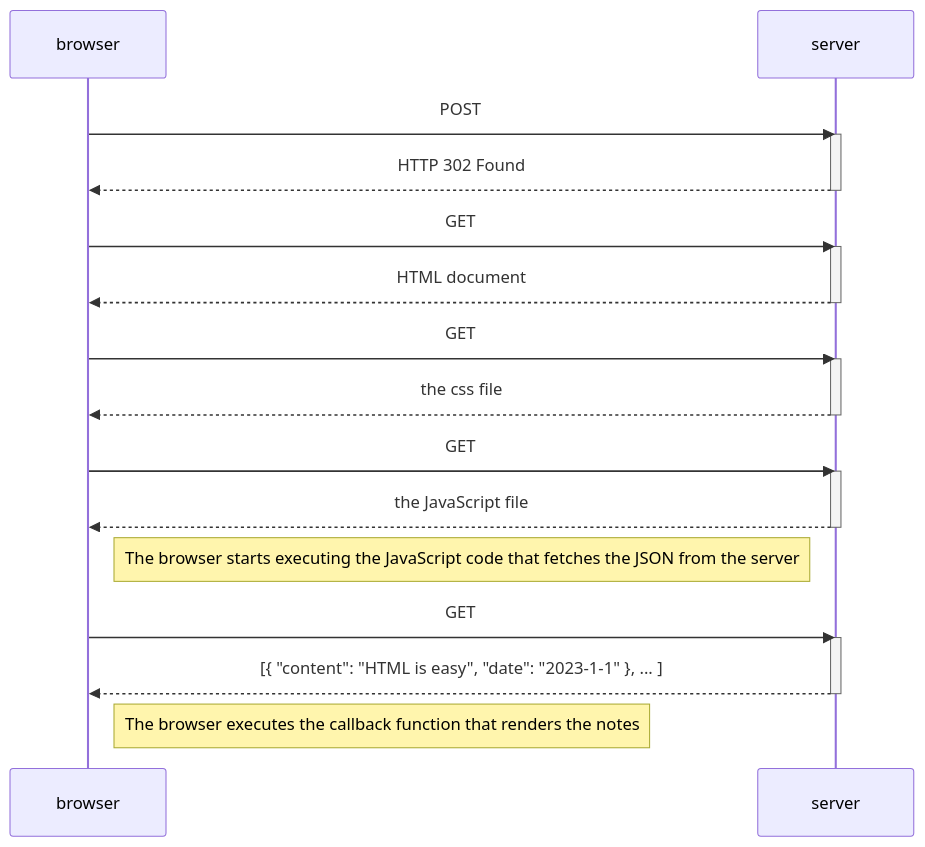
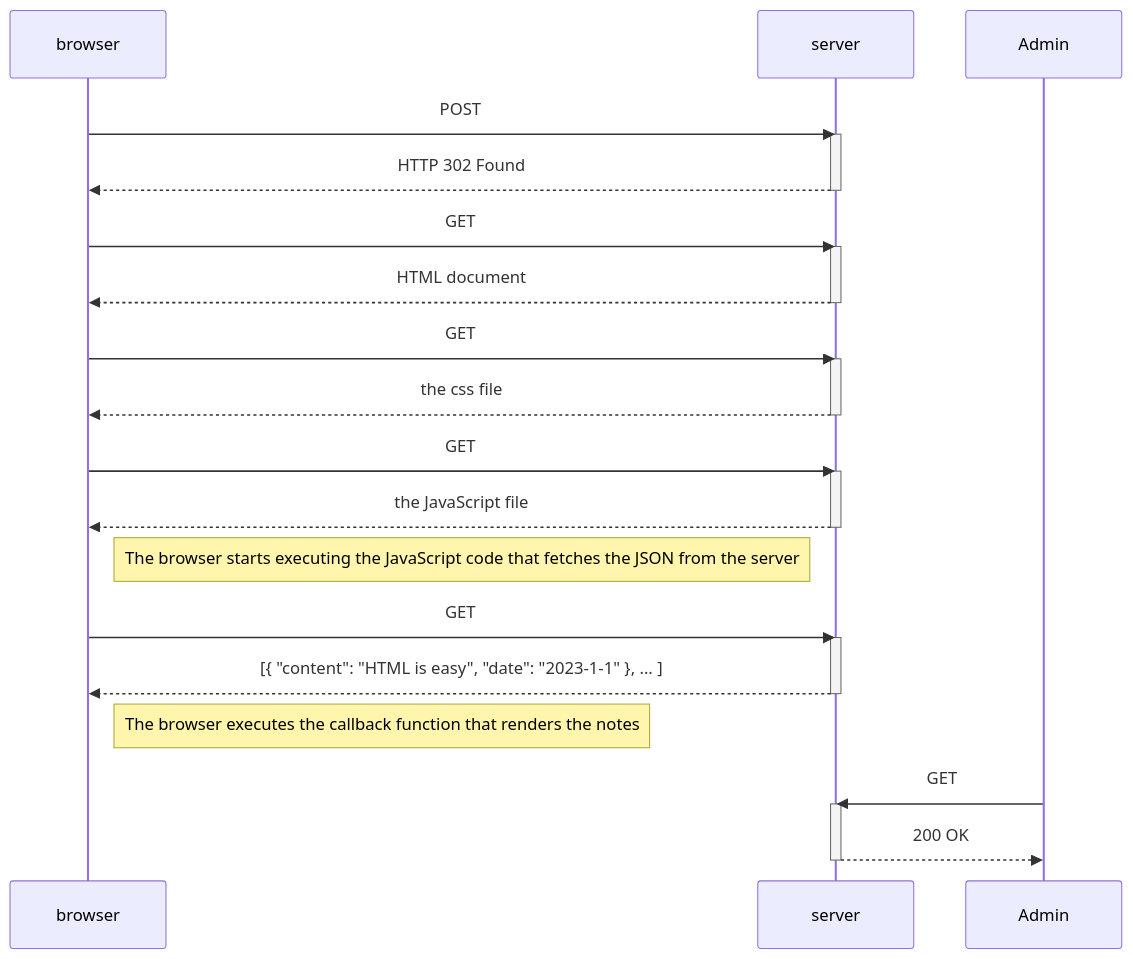
One commit to S1ddhaarth/mini-project changed the diagram in Part 0/0.4.md. Above: the diagram before and after it, drawn with Mermaid.

Commit message:
Added admin

````diff
--- a/Part 0/0.4.md
+++ b/Part 0/0.4.md
@@ -1,34 +1,40 @@
 ```mermaid
 sequenceDiagram
     participant browser
     participant server
+    participant Admin
 
     browser->>server: POST 
     activate server
     server-->>browser: HTTP 302 Found
     deactivate server
 
     browser->>server: GET 
     activate server
     server-->>browser: HTML document
     deactivate server
 
     browser->>server: GET 
     activate server
     server-->>browser: the css file
     deactivate server
 
     browser->>server: GET 
     activate server
     server-->>browser: the JavaScript file
     deactivate server
 
     Note right of browser: The browser starts executing the JavaScript code that fetches the JSON from the server
 
     browser->>server: GET 
     activate server
     server-->>browser: [{ "content": "HTML is easy", "date": "2023-1-1" }, ... ]
     deactivate server
 
     Note right of browser: The browser executes the callback function that renders the notes
+
+    Admin->>server: GET 
+    activate server
+    server-->>Admin: 200 OK
+    deactivate server
 ```
````
